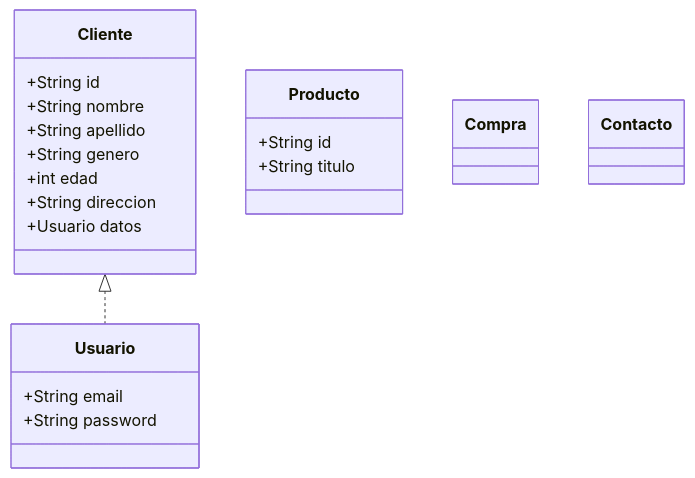
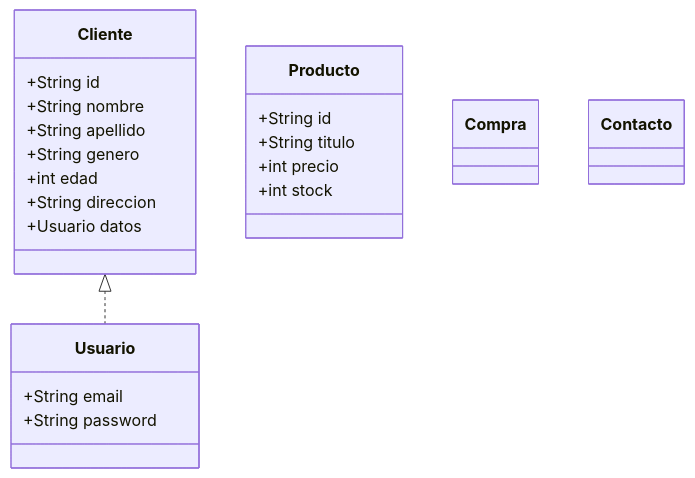
Before and after one commit to agustinyedro/cervezadackel: the diagram in README.md, drawn with Mermaid. The commit also changed 11 other files, not shown here.

````diff
--- a/README.md
+++ b/README.md
@@ -46,27 +46,29 @@
 ```mermaid
 classDiagram
     Cliente <|.. Usuario
     class Cliente{
      +String id
      +String nombre
      +String apellido
      +String genero
      +int edad
      +String direccion
      +Usuario datos
     }
     class Usuario{
     +String email
     +String password
     }
 
     class Producto{
      +String id
      +String titulo
+     +int precio
+     +int stock
     }
 
     class Compra{
     }
     class Contacto{
     }
 ```
````
